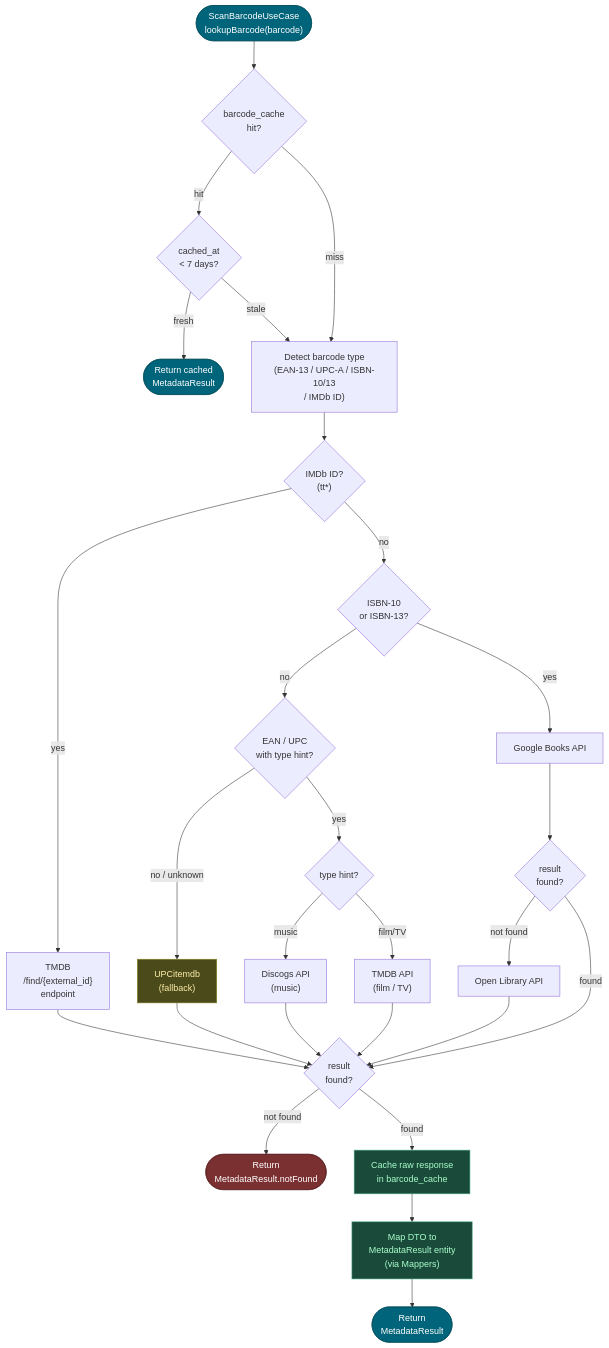
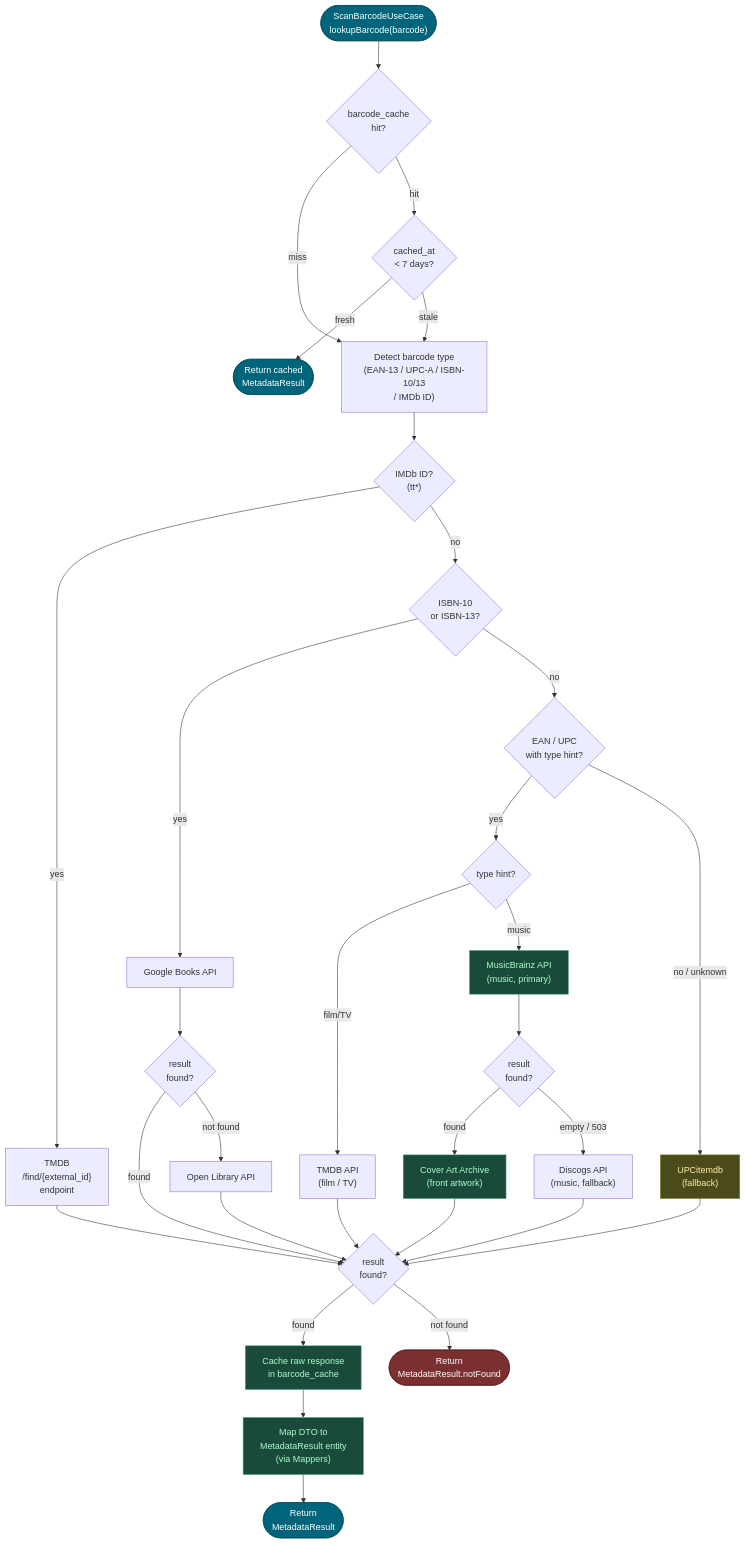
The diagram in src/docs/modules/ROOT/examples/metadata-lookup-flow.mmd (bovinemagnet/MyMediaScanner), drawn with Mermaid before and after one commit. The commit also changed 8 other files, not shown here.

Commit message:
docs: document MusicBrainz-first music lookup and Cover Art Archive

```diff
--- a/src/docs/modules/ROOT/examples/metadata-lookup-flow.mmd
+++ b/src/docs/modules/ROOT/examples/metadata-lookup-flow.mmd
@@ -1,72 +1,82 @@
 %% Tiered metadata lookup strategy
 %% Entry point: ScanBarcodeUseCase → MetadataRepository.lookupBarcode
 flowchart TD
     Start(["ScanBarcodeUseCase\nlookupBarcode(barcode)"])
     CheckCache{"barcode_cache\nhit?"}
     CacheAge{"cached_at\n< 7 days?"}
     ReturnCached(["Return cached\nMetadataResult"])
     DetectType["Detect barcode type\n(EAN-13 / UPC-A / ISBN-10/13\n/ IMDb ID)"]
 
     IsImdb{"IMDb ID?\n(tt*)"}
     TmdbFind["TMDB\n/find/{external_id}\nendpoint"]
 
     IsIsbn{"ISBN-10\nor ISBN-13?"}
     GoogleBooks["Google Books API"]
     GBResult{"result\nfound?"}
     OpenLibrary["Open Library API"]
 
     IsEanUpc{"EAN / UPC\nwith type hint?"}
     TypeHint{"type hint?"}
     TmdbDisc["TMDB API\n(film / TV)"]
-    Discogs["Discogs API\n(music)"]
+
+    MusicBrainz["MusicBrainz API\n(music, primary)"]
+    MbResult{"result\nfound?"}
+    Discogs["Discogs API\n(music, fallback)"]
+    CoverArt["Cover Art Archive\n(front artwork)"]
 
     Fallback["UPCitemdb\n(fallback)"]
 
     GotResult{"result\nfound?"}
     NoResult(["Return\nMetadataResult.notFound"])
 
     CacheResponse["Cache raw response\nin barcode_cache"]
     MapResult["Map DTO to\nMetadataResult entity\n(via Mappers)"]
     Return(["Return\nMetadataResult"])
 
     Start --> CheckCache
     CheckCache -- "miss" --> DetectType
     CheckCache -- "hit" --> CacheAge
     CacheAge -- "fresh" --> ReturnCached
     CacheAge -- "stale" --> DetectType
 
     DetectType --> IsImdb
     IsImdb -- "yes" --> TmdbFind
     IsImdb -- "no" --> IsIsbn
 
     IsIsbn -- "yes" --> GoogleBooks
     GoogleBooks --> GBResult
     GBResult -- "found" --> GotResult
     GBResult -- "not found" --> OpenLibrary
     OpenLibrary --> GotResult
 
     IsIsbn -- "no" --> IsEanUpc
     IsEanUpc -- "yes" --> TypeHint
     TypeHint -- "film/TV" --> TmdbDisc
-    TypeHint -- "music" --> Discogs
+    TypeHint -- "music" --> MusicBrainz
+    MusicBrainz --> MbResult
+    MbResult -- "found" --> CoverArt
+    MbResult -- "empty / 503" --> Discogs
+    CoverArt --> GotResult
     TmdbDisc --> GotResult
     Discogs --> GotResult
 
     IsEanUpc -- "no / unknown" --> Fallback
     Fallback --> GotResult
 
     TmdbFind --> GotResult
 
     GotResult -- "found" --> CacheResponse
     GotResult -- "not found" --> NoResult
 
     CacheResponse --> MapResult
     MapResult --> Return
 
     style Start fill:#00647a,color:#fff,stroke:#004d5c
     style ReturnCached fill:#00647a,color:#fff,stroke:#004d5c
     style Return fill:#00647a,color:#fff,stroke:#004d5c
     style NoResult fill:#7a3030,color:#fff,stroke:#5c2020
     style CacheResponse fill:#1a4a3a,color:#aaffcc,stroke:#44aa88
     style MapResult fill:#1a4a3a,color:#aaffcc,stroke:#44aa88
     style Fallback fill:#4a4a1a,color:#ffeeaa,stroke:#888822
+    style MusicBrainz fill:#1a4a3a,color:#aaffcc,stroke:#44aa88
+    style CoverArt fill:#1a4a3a,color:#aaffcc,stroke:#44aa88
```
